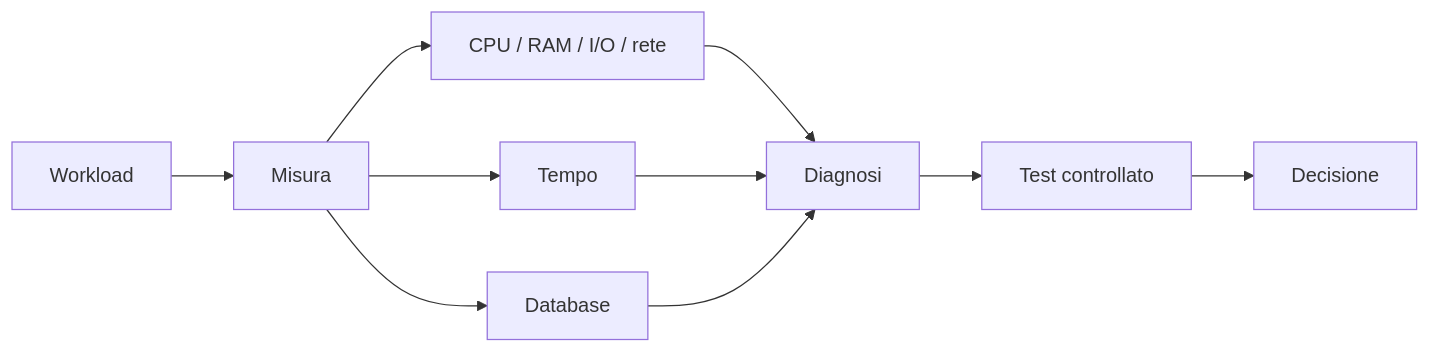
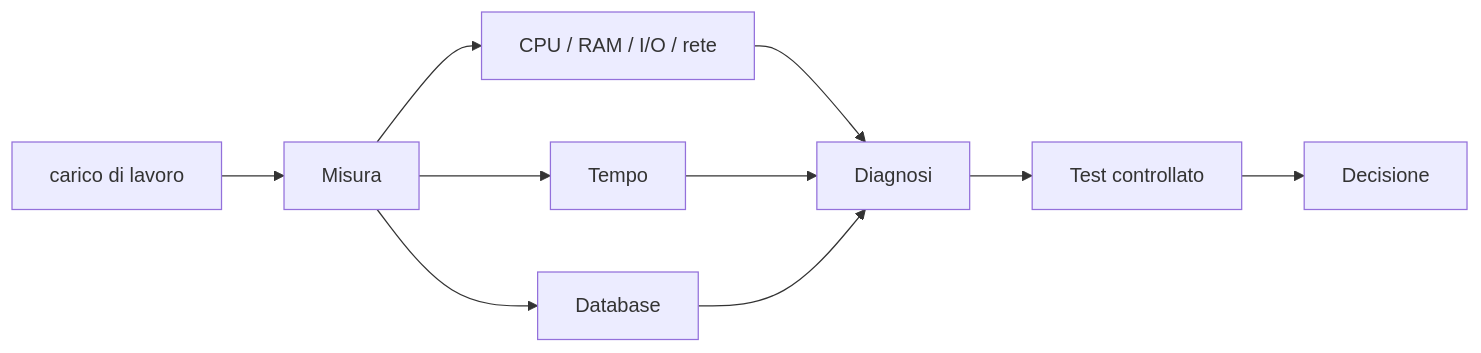
One commit to andreabz/R_per_IT changed the diagram in 03-performance.qmd. Above: the diagram before and after it, drawn with Mermaid. The commit also changed other lines of this file and 10 other files, not shown here.

````diff
--- a/03-performance.qmd
+++ b/03-performance.qmd
@@ -12,13 +12,13 @@
 ```{mermaid}
 %%| echo: false
 flowchart LR
-  A[Workload] --> B[Misura]
+  A[carico di lavoro] --> B[Misura]
   B --> C[CPU / RAM / I/O / rete]
   B --> D[Tempo]
   B --> E[Database]
   C --> F[Diagnosi]
   D --> F
   E --> F
   F --> G[Test controllato]
   G --> H[Decisione]
 ``` 
````
